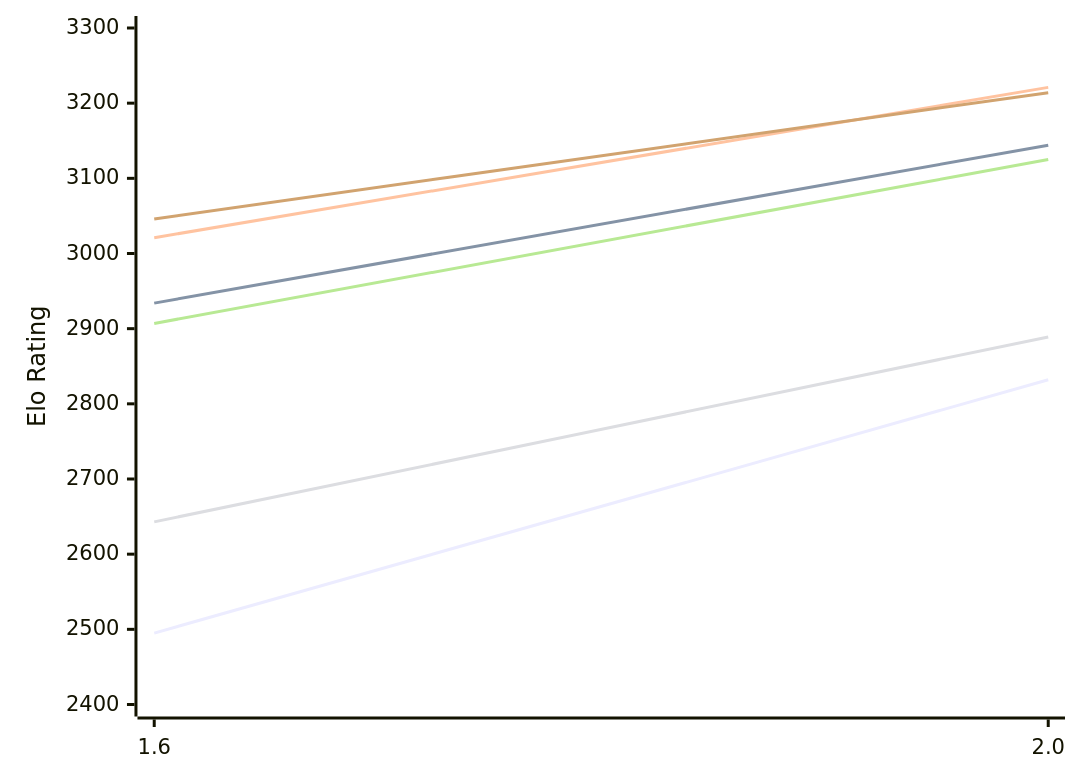
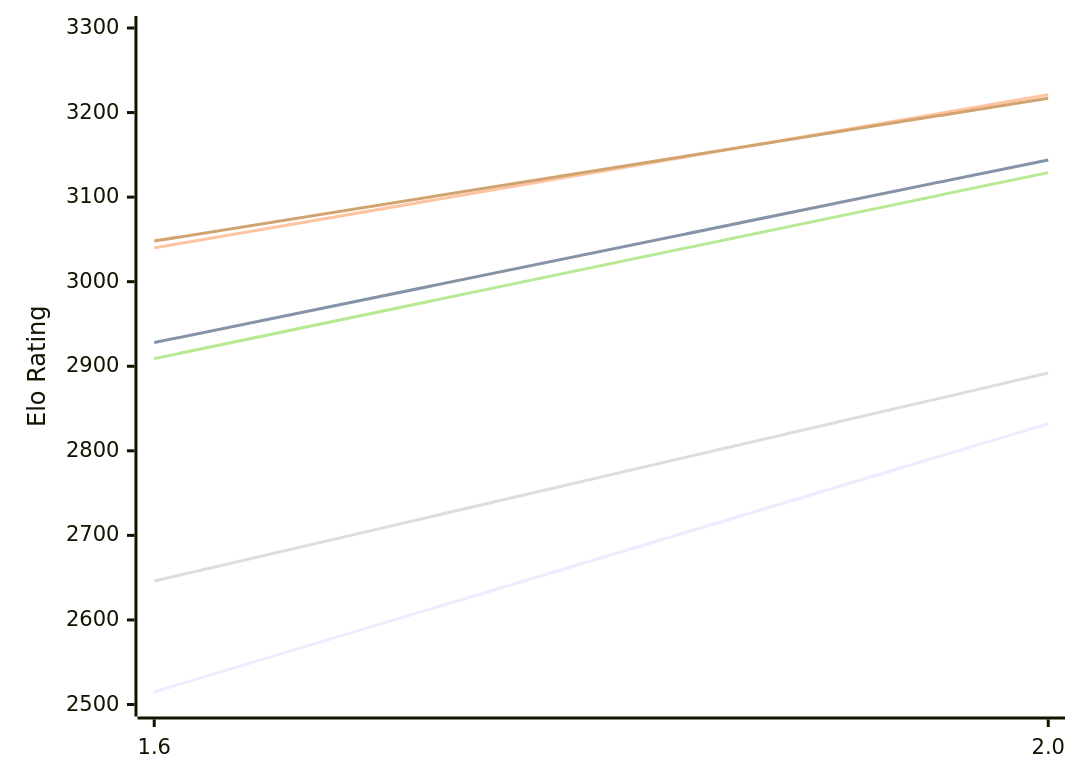
The first of 2 diagrams in engines/Onyx.md (computer-chess-index/cci), drawn with Mermaid before and after one commit. The commit also changed other lines of this file, not shown here.

Commit message:
Update CCI Ratings (ELO VLTC) - 2026-11-24

````diff
--- a/engines/Onyx.md
+++ b/engines/Onyx.md
@@ -50,12 +50,12 @@
 ```mermaid
 %%{init: {"theme":"base","themeVariables":{"seriesColors:['#a3a3a3','#222221','#faa371']}}}%%
 xychart-beta
   x-axis ["1.6", "2.0"]
-  y-axis "Elo Rating" 2400 --> 3300
-  line "E1: STC (8.0+0.08s)" [2495, 2832]
-  line "E1: LTC (60.0+0.60s)" [2934, 3144]
-  line "E1: VLTC (2m24s+1.12s)" [3021, 3221]
-  line "P1: STC (8.0+0.08s)" [2643, 2889]
-  line "P1: LTC (60.0+0.60s)" [2907, 3125]
-  line "P1: VLTC (2m24s+1.12s)" [3046, 3214]
+  y-axis "Elo Rating" 2500 --> 3300
+  line "E1: STC (8.0+0.08s)" [2515, 2832]
+  line "E1: LTC (60.0+0.60s)" [2928, 3144]
+  line "E1: VLTC (2m24s+1.12s)" [3040, 3221]
+  line "P1: STC (8.0+0.08s)" [2646, 2892]
+  line "P1: LTC (60.0+0.60s)" [2909, 3129]
+  line "P1: VLTC (2m24s+1.12s)" [3048, 3217]
 ```
````
